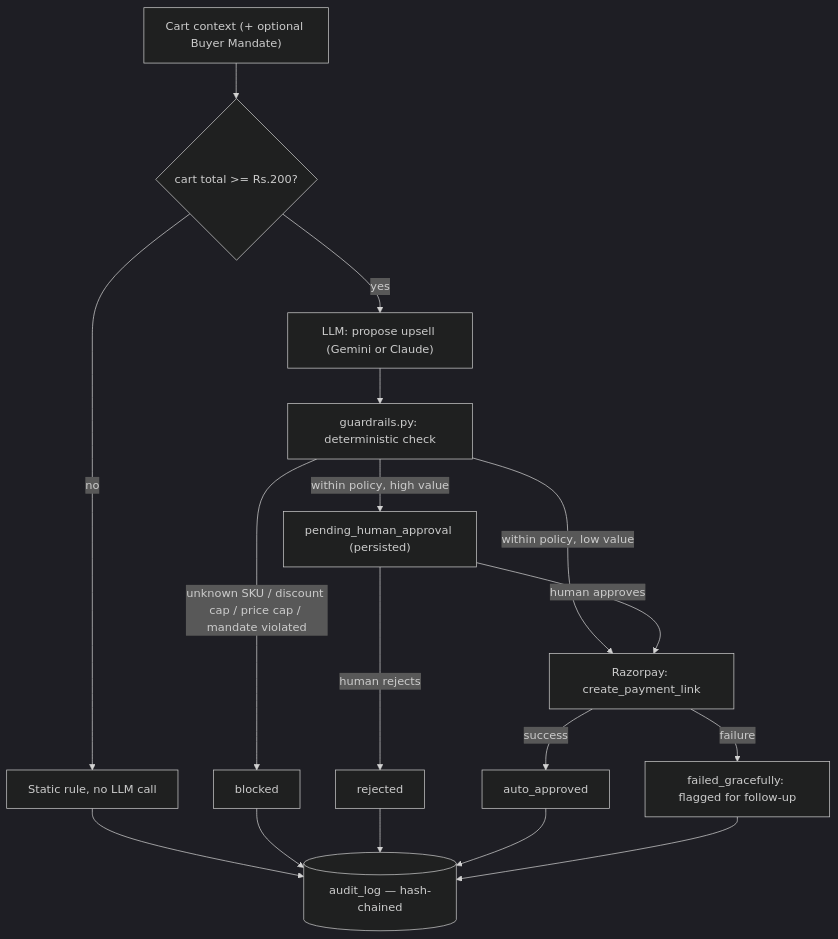
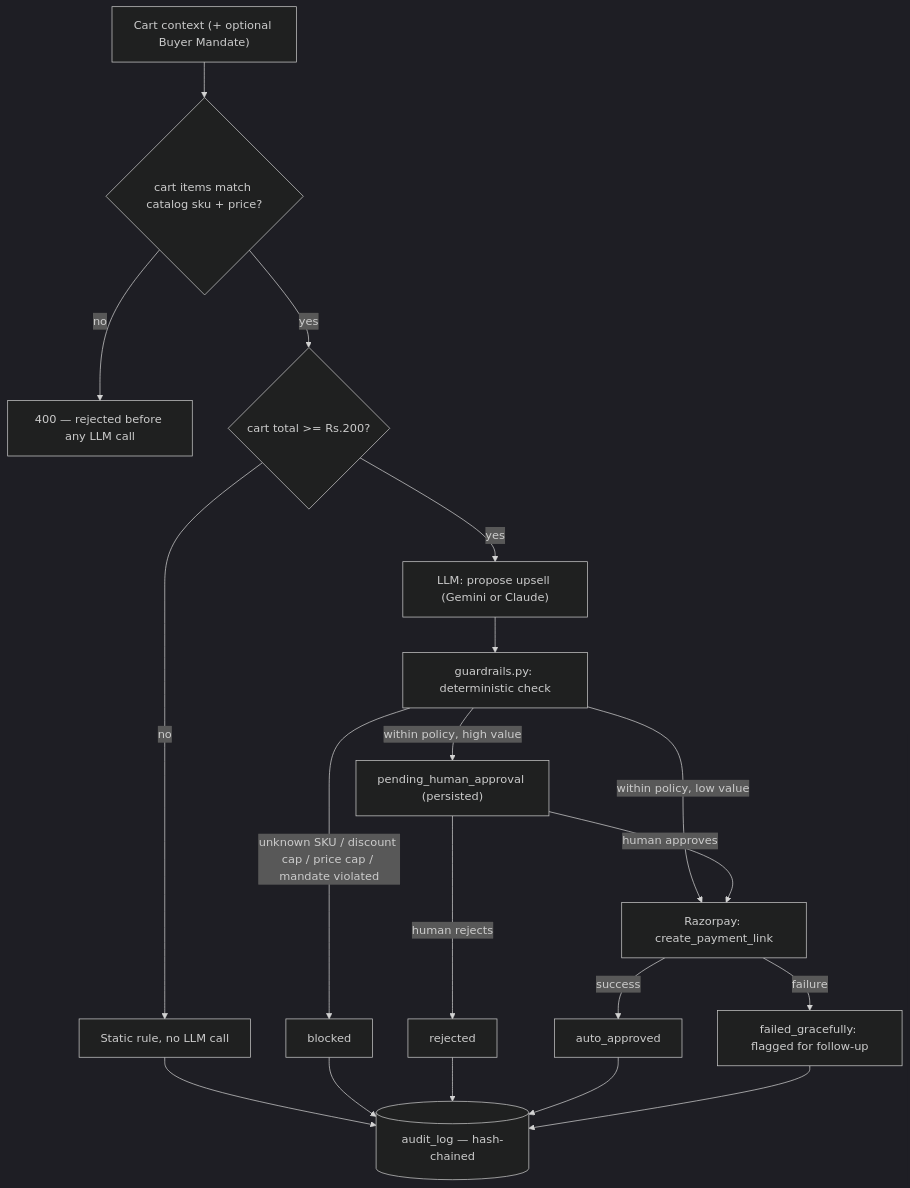
Before and after one commit to AAdii-15/razorpay-ai-upsell-agent: the first of 2 diagrams in README.md, drawn with Mermaid (dark theme). The commit also changed other lines of this file and 8 other files, not shown here.

Commit message:
Hardening pass: cart/input validation, LLM-driven buyer mandate, mandate price-cap filtering, SQLite WAL mode

````diff
--- a/README.md
+++ b/README.md
@@ -18,19 +18,21 @@
 ```mermaid
 flowchart TD
-    A["Cart context (+ optional Buyer Mandate)"] --> B{"cart total >= Rs.200?"}
+    A["Cart context (+ optional Buyer Mandate)"] --> V{"cart items match catalog sku + price?"}
+    V -- "no" --> X["400 — rejected before any LLM call"]
+    V -- "yes" --> B{"cart total >= Rs.200?"}
     B -- "no" --> C["Static rule, no LLM call"]
     B -- "yes" --> D["LLM: propose upsell (Gemini or Claude)"]
     D --> E["guardrails.py: deterministic check"]
     E -- "unknown SKU / discount cap / price cap / mandate violated" --> F["blocked"]
     E -- "within policy, high value" --> G["pending_human_approval (persisted)"]
     E -- "within policy, low value" --> H["Razorpay: create_payment_link"]
     G -- "human approves" --> H
     G -- "human rejects" --> I["rejected"]
     H -- "success" --> J["auto_approved"]
     H -- "failure" --> K["failed_gracefully: flagged for follow-up"]
     C --> L[("audit_log — hash-chained")]
     F --> L
     I --> L
     J --> L
     K --> L
 ```
````
